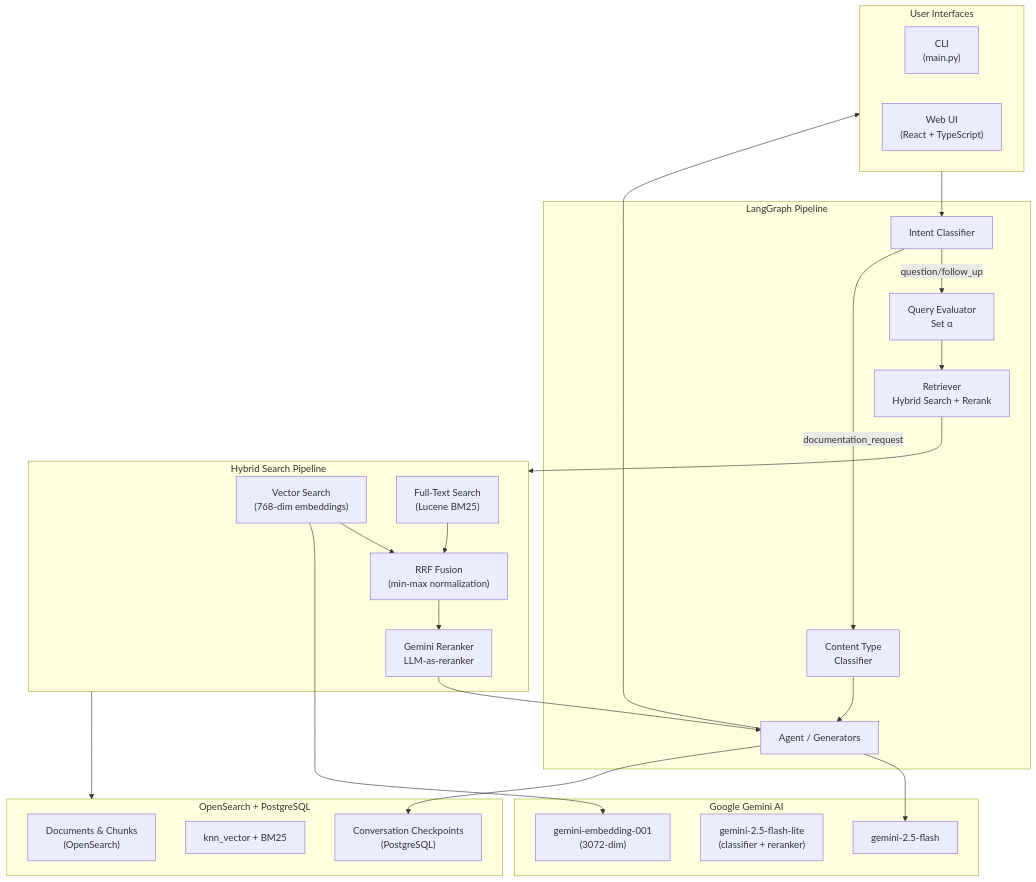
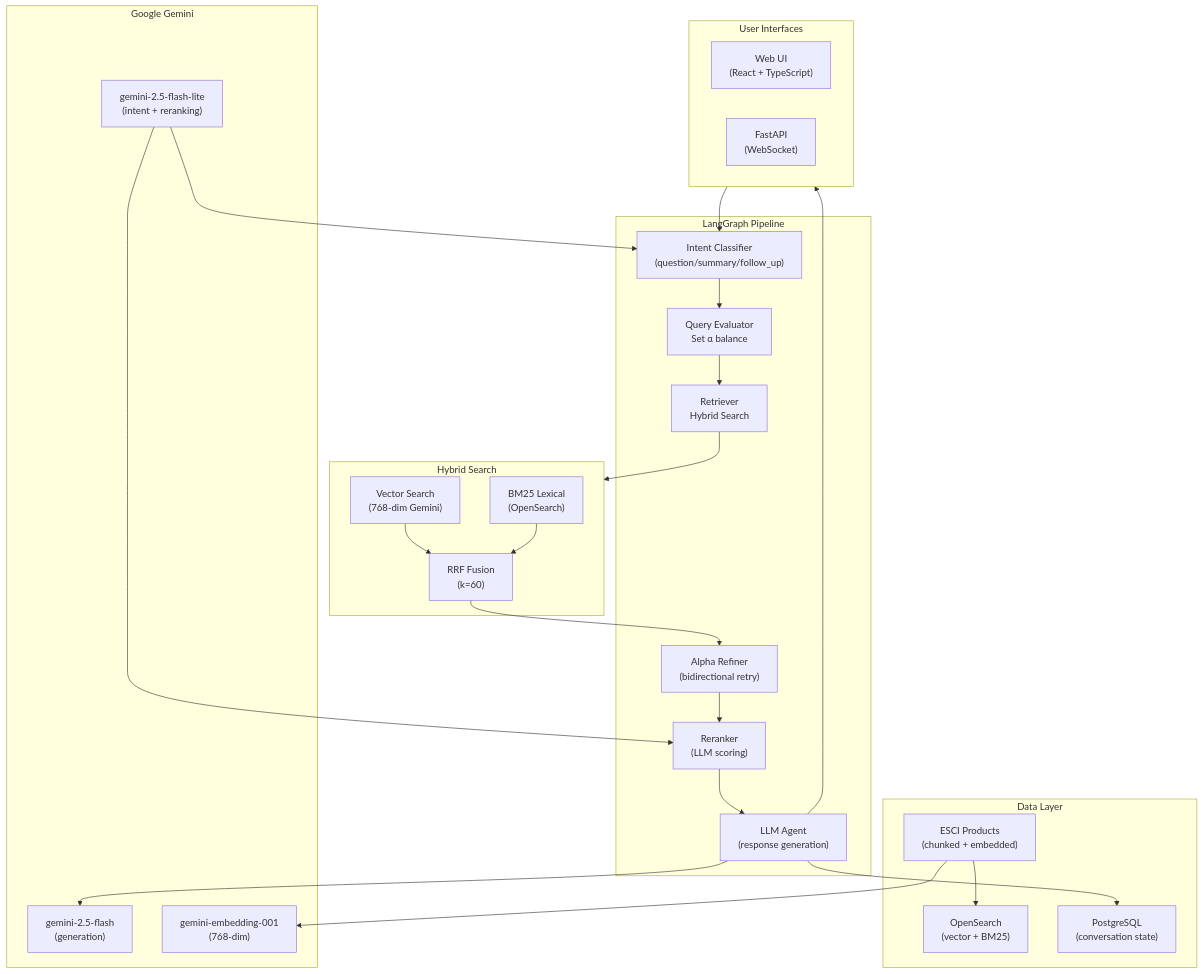
One commit to kmwtechnology/agentic-hybrid-search changed the diagram in README.md. Above: the diagram before and after it, drawn with Mermaid. The commit also changed other lines of this file and 1 other file, not shown here.

````diff
--- a/README.md
+++ b/README.md
@@ -55,50 +46,51 @@
 ```mermaid
 flowchart TB
     subgraph UI["User Interfaces"]
-        CLI["CLI<br/>(main.py)"]
         WEB["Web UI<br/>(React + TypeScript)"]
+        API["FastAPI<br/>(WebSocket)"]
     end
 
     subgraph Pipeline["LangGraph Pipeline"]
-        IC["Intent Classifier"]
-        QE["Query Evaluator<br/>Set α"]
-        CTC["Content Type<br/>Classifier"]
-        RET["Retriever<br/>Hybrid Search + Rerank"]
-        AGENT["Agent / Generators"]
+        IC["Intent Classifier<br/>(question/summary/follow_up)"]
+        QE["Query Evaluator<br/>Set α balance"]
+        RET["Retriever<br/>Hybrid Search"]
+        REFINE["Alpha Refiner<br/>(bidirectional retry)"]
+        RERANK["Reranker<br/>(LLM scoring)"]
+        AGENT["LLM Agent<br/>(response generation)"]
     end
 
-    subgraph Search["Hybrid Search Pipeline"]
-        VS["Vector Search<br/>(768-dim embeddings)"]
-        TS["Full-Text Search<br/>(Lucene BM25)"]
-        RRF["RRF Fusion<br/>(min-max normalization)"]
-        RERANK["Gemini Reranker<br/>LLM-as-reranker"]
+    subgraph Search["Hybrid Search"]
+        VS["Vector Search<br/>(768-dim Gemini)"]
+        BM25["BM25 Lexical<br/>(OpenSearch)"]
+        RRF["RRF Fusion<br/>(k=60)"]
     end
 
-    subgraph Storage["OpenSearch + PostgreSQL"]
-        DOCS["Documents & Chunks<br/>(OpenSearch)"]
-        IDX["knn_vector + BM25"]
-        MEM["Conversation Checkpoints<br/>(PostgreSQL)"]
+    subgraph Storage["Data Layer"]
+        PRODUCTS["ESCI Products<br/>(chunked + embedded)"]
+        IDX["OpenSearch<br/>(vector + BM25)"]
+        CHECKPOINTS["PostgreSQL<br/>(conversation state)"]
     end
 
-    subgraph GoogleAI["Google Gemini AI"]
-        LLM["gemini-2.5-flash"]
-        LITE["gemini-2.5-flash-lite<br/>(classifier + reranker)"]
-        EMB["gemini-embedding-001<br/>(3072-dim)"]
+    subgraph GoogleAI["Google Gemini"]
+        LLM["gemini-2.5-flash<br/>(generation)"]
+        CLASSIFIER["gemini-2.5-flash-lite<br/>(intent + reranking)"]
+        EMB["gemini-embedding-001<br/>(768-dim)"]
     end
 
     UI --> IC
-    IC -->|question/follow_up| QE
-    IC -->|documentation_request| CTC
+    IC --> QE
     QE --> RET
     RET --> Search
     VS --> RRF
-    TS --> RRF
-    RRF --> RERANK
+    BM25 --> RRF
+    RRF --> REFINE
+    REFINE --> RERANK
     RERANK --> AGENT
-    CTC --> AGENT
     AGENT --> LLM
     AGENT --> UI
-    Search --> Storage
-    AGENT --> MEM
-    VS --> EMB
+    PRODUCTS --> IDX
+    PRODUCTS --> EMB
+    AGENT --> CHECKPOINTS
+    CLASSIFIER --> IC
+    CLASSIFIER --> RERANK
 ```
````
